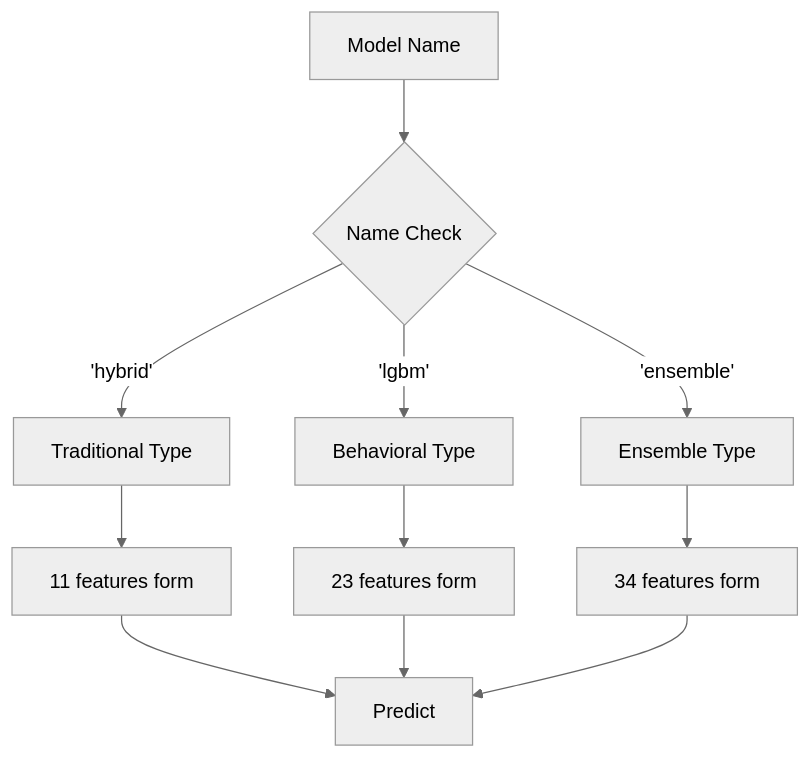
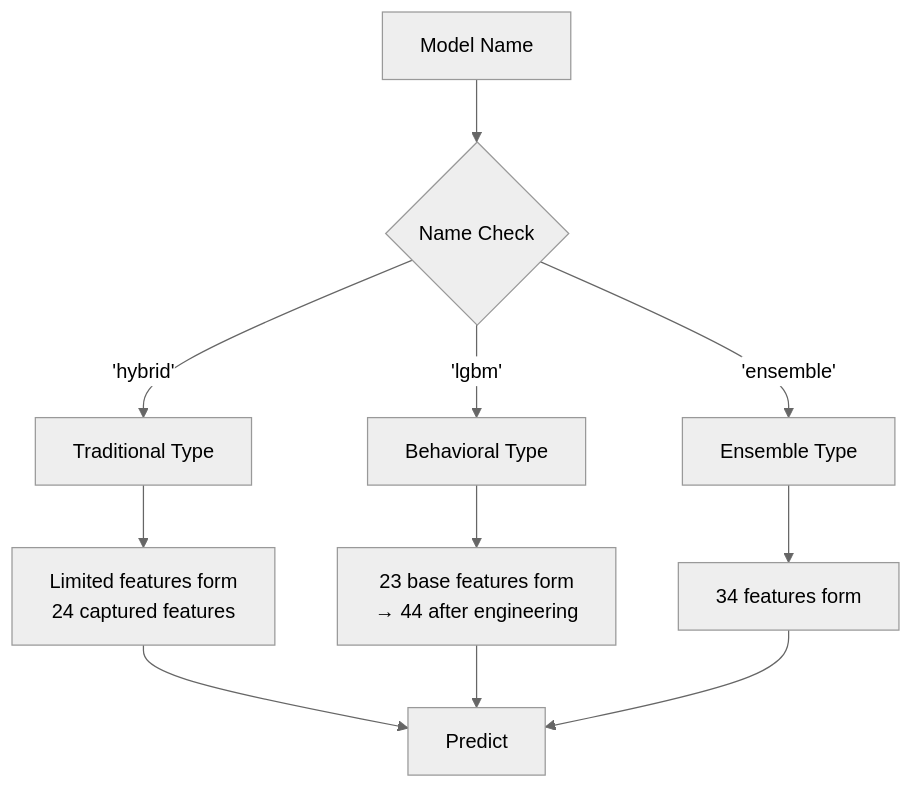
The seventh of 10 diagrams in ARCHITECTURE_GUIDE_COMPACT.md (walterzenia/A-smart-Loan-default-hybrid-system), drawn with Mermaid (neutral theme) before and after one commit. The commit also changed other lines of this file and 9 other files, not shown here.

Commit message:
Fix documentation: Correct Traditional model (487 features from 7 datasets) and Behavioral model (44 features: 23 base + 21 engineered) feature counts across all documentation files

````diff
--- a/ARCHITECTURE_GUIDE_COMPACT.md
+++ b/ARCHITECTURE_GUIDE_COMPACT.md
@@ -158,16 +167,16 @@
 ```mermaid
 graph TD
     Start[Model Name] --> Check{Name Check}
 
     Check -->|'hybrid'| T[Traditional Type]
     Check -->|'lgbm'| B[Behavioral Type]
     Check -->|'ensemble'| E[Ensemble Type]
 
-    T --> TF[11 features form]
-    B --> BF[23 features form]
+    T --> TF[Limited features form<br/>24 captured features]
+    B --> BF[23 base features form<br/>→ 44 after engineering]
     E --> EF[34 features form]
 
     TF --> Pred[Predict]
     BF --> Pred
     EF --> Pred
 ```
````
